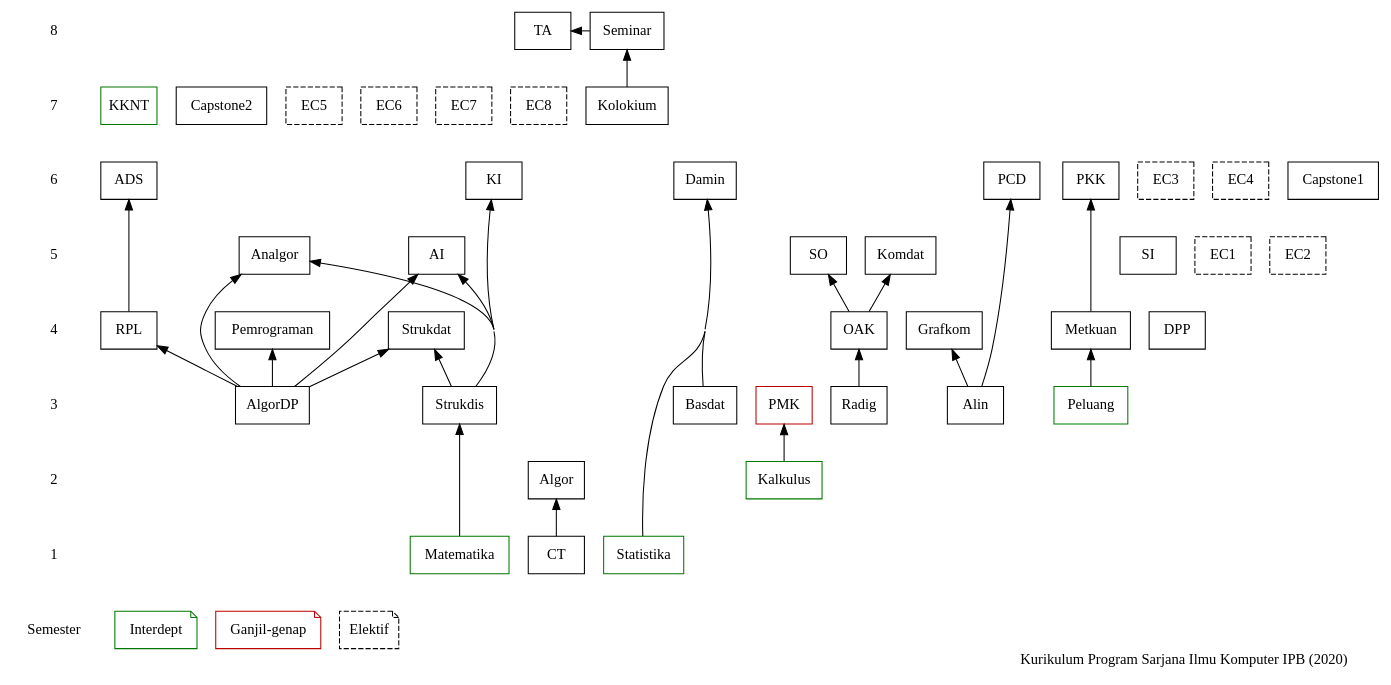
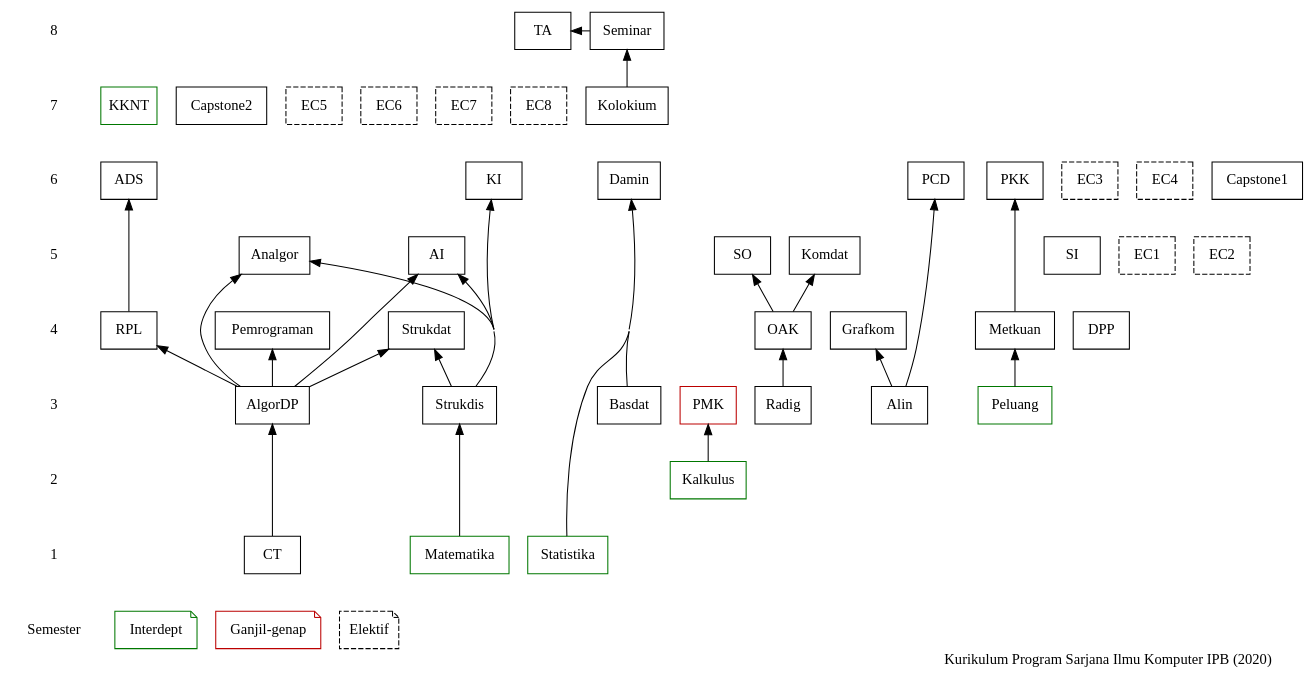
The diagram in mk2020.dot (auriza/s1kom), drawn with Graphviz before and after one commit. The commit also changed 1 other file, not shown here.

Commit message:
Algor -> AlgorDP

```diff
--- a/mk2020.dot
+++ b/mk2020.dot
@@ -1,62 +1,62 @@
 digraph kom2020
 {
     node [shape="box"; fontname="B612"]
     edge [dir="back"]
     concentrate="true"
 
     # semester
     subgraph sem {
         node [shape="plaintext"]
         edge [style="invis"]
         8 -> 7 -> 6 -> 5 -> 4 -> 3 -> 2 -> 1 -> Semester
     }
 
     # mayor
     {rank="same" 1 Matematika CT Statistika}
     {rank="same" 2 Kalkulus}
     {rank="same" 3 AlgorDP PMK Radig Alin Strukdis Peluang Basdat}
     {rank="same" 4 Metkuan Pemrograman OAK Strukdat Grafkom RPL DPP}
     {rank="same" 5 Analgor SO SI AI Komdat EC1 EC2}
     {rank="same" 6 PKK PCD Damin KI ADS EC3 EC4 Capstone1}
     {rank="same" 7 KKNT Capstone2 EC5 EC6 EC7 EC8 Kolokium}
     {rank="same" 8 Seminar TA}
-    Algor -> CT
+    AlgorDP -> CT
     PMK -> Kalkulus
     Strukdis -> Matematika
     Metkuan -> Peluang
     Pemrograman -> AlgorDP
     OAK -> Radig
     Strukdat -> {AlgorDP Strukdis}
     Grafkom -> Alin
     RPL -> AlgorDP
     Analgor -> {AlgorDP Strukdis}
     SO -> OAK
     AI -> {AlgorDP Strukdis}
     Komdat -> OAK
     PKK -> Metkuan
     PCD -> Alin
     Damin -> {Basdat Statistika}
     KI -> Strukdis
     ADS -> RPL
     Seminar -> Kolokium
     TA -> Seminar
     ## interdep
     Matematika, Statistika, Kalkulus, Peluang, KKNT [color="#007700"]
     ## ganjil-genap
     PMK [color="#bb0000"]
 
     # elektif
     EC1, EC2, EC3, EC4, EC5, EC6, EC7, EC8 [style="dashed"]
 
 
     # keterangan
     {rank="sink" Semester interdep ganjilgenap elektif}
     interdep [shape="note"; color="#007700";  label="Interdept"]
     ganjilgenap [shape="note"; color="#bb0000"; label="Ganjil-genap";]
     elektif [shape="note"; style="dashed"; label="Elektif"]
 
     # title
     label="Kurikulum Program Sarjana Ilmu Komputer IPB (2020)"
     labeljust="r"
     fontname="B612"
 }
```
